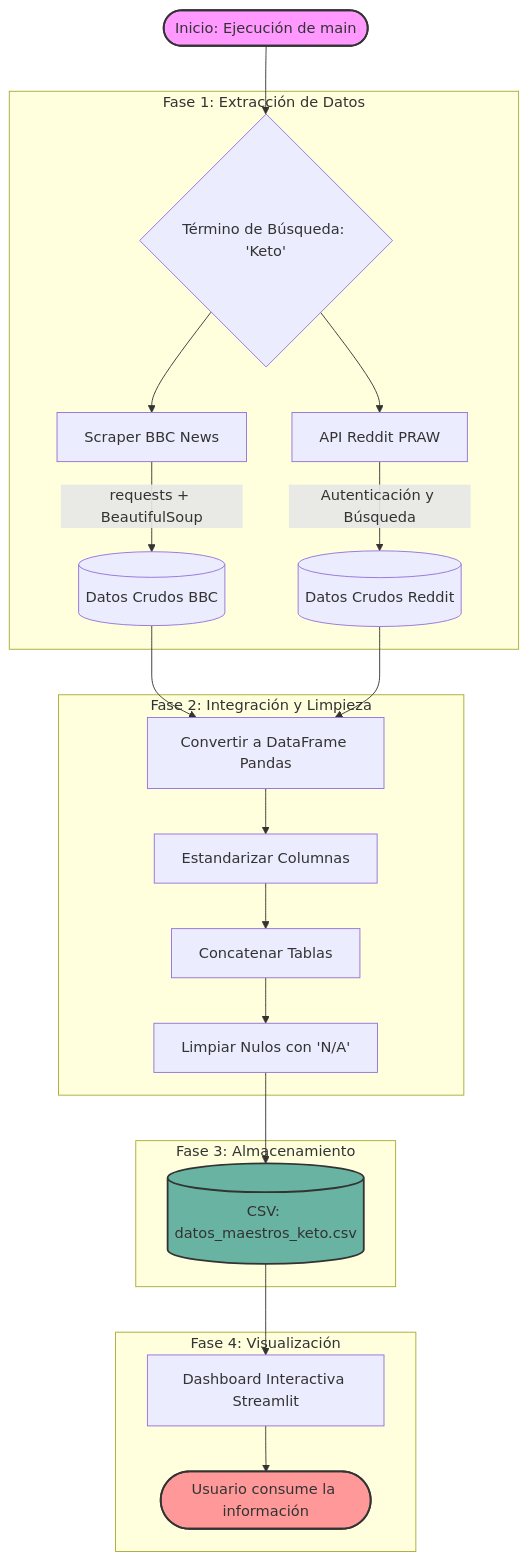
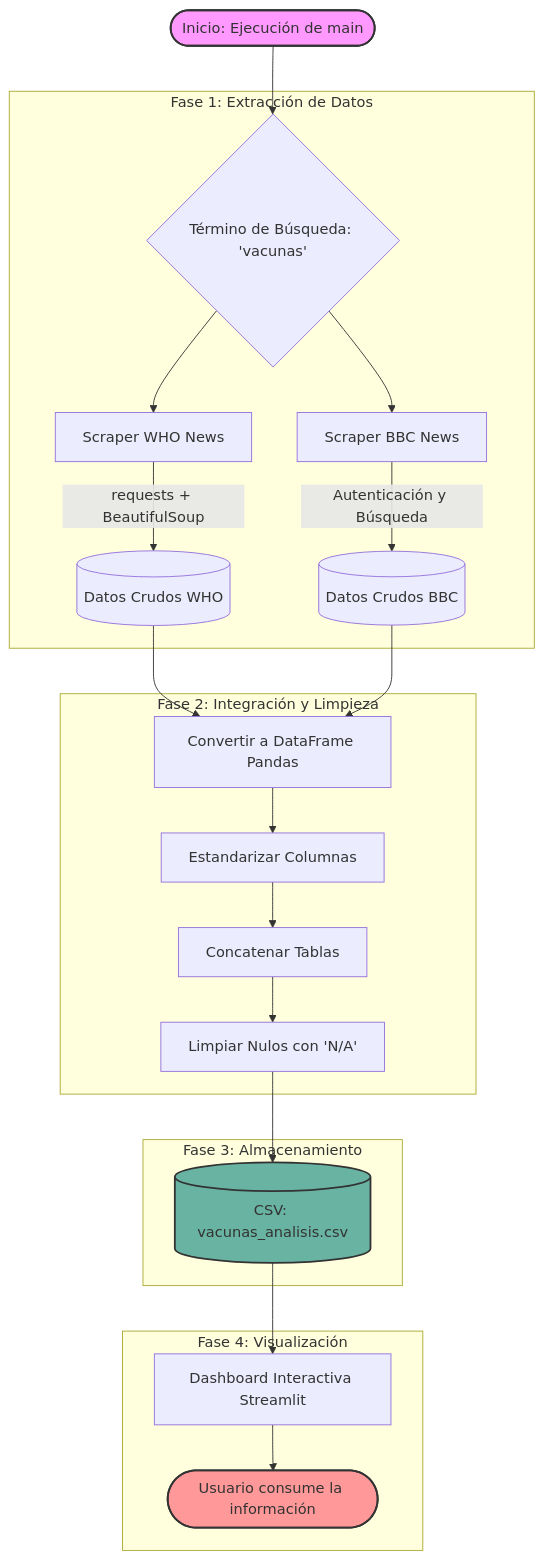
Before and after one commit to CarlosCaza/Evaluaci-n-Taller-2: the diagram in README.md, drawn with Mermaid. The commit also changed other lines of this file, not shown here.

Commit message:
añadiendo detalles del informe

````diff
--- a/README.md
+++ b/README.md
@@ -33,38 +33,38 @@
 ```mermaid
 graph TD
-    A([Inicio: Ejecución de main]) --> B{Término de Búsqueda: 'Keto'}
+    A([Inicio: Ejecución de main]) --> B{Término de Búsqueda: 'vacunas'}
 
     %% Fase de Extracción
     subgraph Fase 1: Extracción de Datos
-        B --> C[Scraper BBC News]
-        B --> D[API Reddit PRAW]
+        B --> C[Scraper WHO News]
+        B --> D[Scraper BBC News]
         
-        C -->|requests + BeautifulSoup| E[(Datos Crudos BBC)]
-        D -->|Autenticación y Búsqueda| F[(Datos Crudos Reddit)]
+        C -->|requests + BeautifulSoup| E[(Datos Crudos WHO)]
+        D -->|Autenticación y Búsqueda| F[(Datos Crudos BBC)]
     end
 
     %% Fase de Transformación
     subgraph Fase 2: Integración y Limpieza
         E --> G[Convertir a DataFrame Pandas]
         F --> G
         G --> H[Estandarizar Columnas]
         H --> I[Concatenar Tablas]
         I --> J[Limpiar Nulos con 'N/A']
     end
 
     %% Fase de Carga
     subgraph Fase 3: Almacenamiento
-        J --> K[(CSV: datos_maestros_keto.csv)]
+        J --> K[(CSV: vacunas_analisis.csv)]
     end
 
     %% Fase de Interfaz
     subgraph Fase 4: Visualización
         K --> L[Dashboard Interactiva Streamlit]
         L --> M([Usuario consume la información])
     end
     
     %% Estilos de colores
     style A fill:#f9f,stroke:#333,stroke-width:2px
     style K fill:#69b3a2,stroke:#333,stroke-width:2px
     style M fill:#ff9999,stroke:#333,stroke-width:2px
 ```
````
